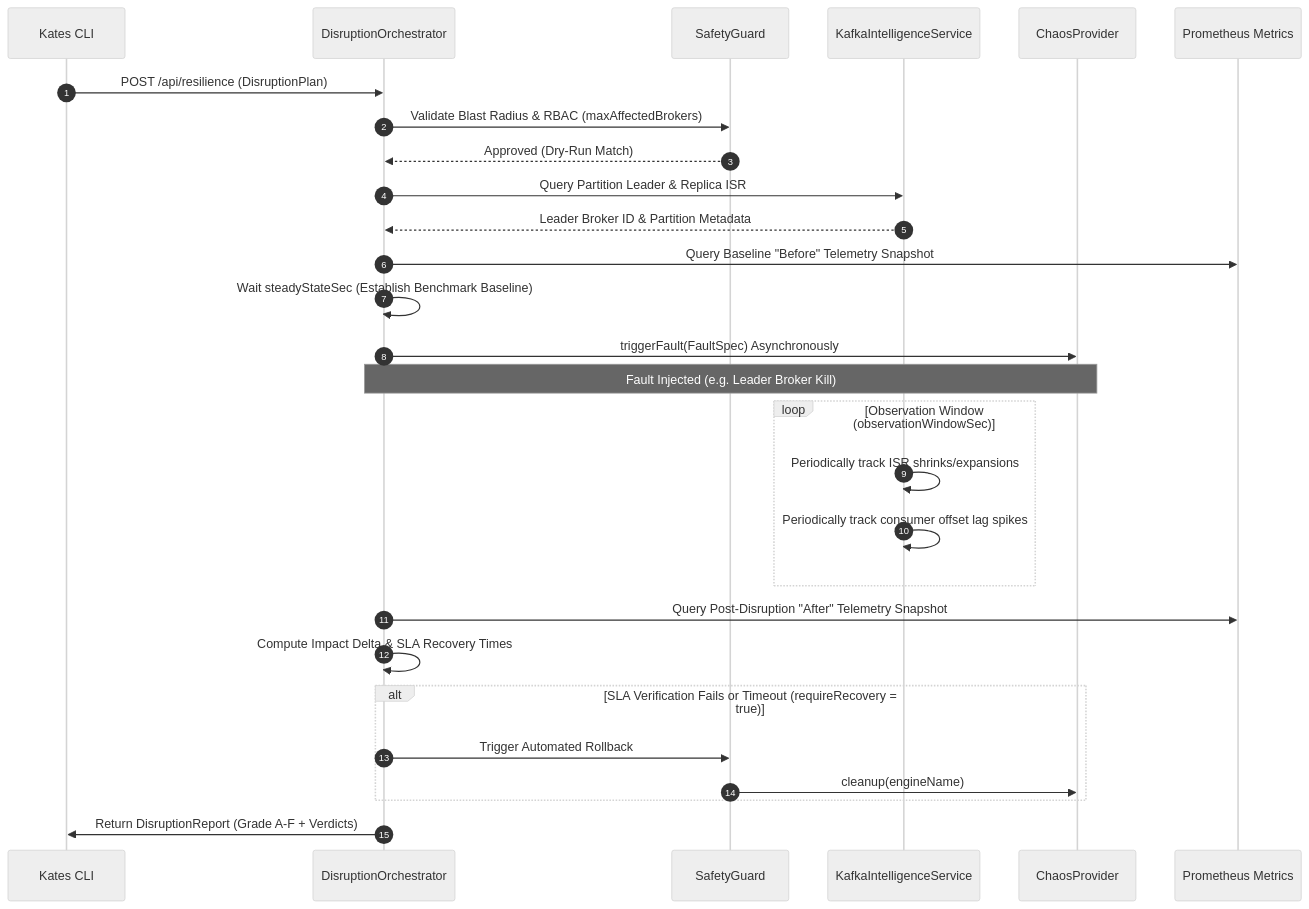
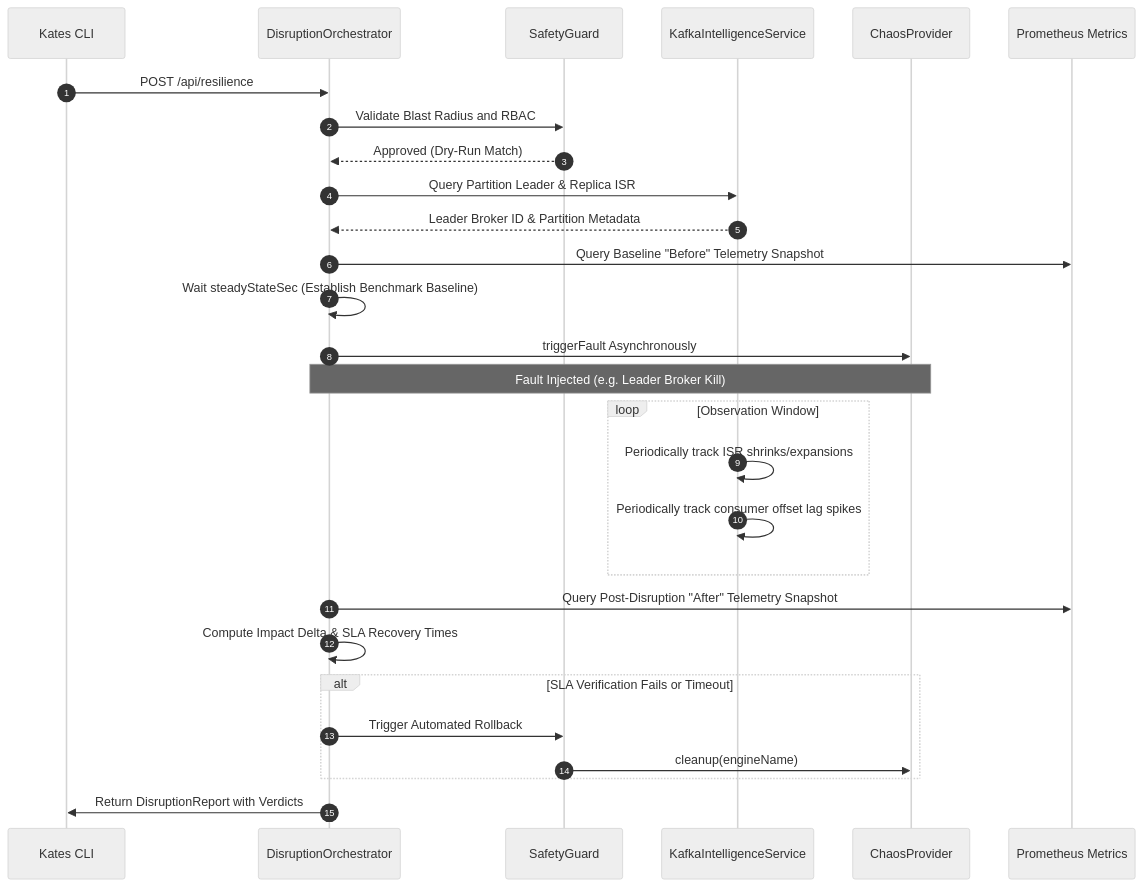
The second of 2 diagrams in README.md (bmscomp/kates), drawn with Mermaid (neutral theme) before and after one commit. The commit also changed other lines of this file, not shown here.

Commit message:
docs(readme): resolve mermaid syntax parsing issues by quoting all labels and subgraphs

````diff
--- a/README.md
+++ b/README.md
@@ -141,31 +141,31 @@
 ```mermaid
 sequenceDiagram
     autonumber
     participant Cli as Kates CLI
     participant Orch as DisruptionOrchestrator
     participant Guard as SafetyGuard
     participant Intel as KafkaIntelligenceService
     participant Chaos as ChaosProvider
     participant Prom as Prometheus Metrics
 
-    Cli->>Orch: POST /api/resilience (DisruptionPlan)
-    Orch->>Guard: Validate Blast Radius & RBAC (maxAffectedBrokers)
+    Cli->>Orch: POST /api/resilience
+    Orch->>Guard: Validate Blast Radius and RBAC
     Guard-->>Orch: Approved (Dry-Run Match)
     Orch->>Intel: Query Partition Leader & Replica ISR
     Intel-->>Orch: Leader Broker ID & Partition Metadata
     Orch->>Prom: Query Baseline "Before" Telemetry Snapshot
     Orch->>Orch: Wait steadyStateSec (Establish Benchmark Baseline)
-    Orch->>Chaos: triggerFault(FaultSpec) Asynchronously
+    Orch->>Chaos: triggerFault Asynchronously
     Note over Orch,Chaos: Fault Injected (e.g. Leader Broker Kill)
-    loop Observation Window (observationWindowSec)
+    loop Observation Window
         Intel->>Intel: Periodically track ISR shrinks/expansions
         Intel->>Intel: Periodically track consumer offset lag spikes
     end
     Orch->>Prom: Query Post-Disruption "After" Telemetry Snapshot
     Orch->>Orch: Compute Impact Delta & SLA Recovery Times
-    alt SLA Verification Fails or Timeout (requireRecovery = true)
+    alt SLA Verification Fails or Timeout
         Orch->>Guard: Trigger Automated Rollback
         Guard->>Chaos: cleanup(engineName)
     end
-    Orch->>Cli: Return DisruptionReport (Grade A-F + Verdicts)
+    Orch->>Cli: Return DisruptionReport with Verdicts
 ```
````
